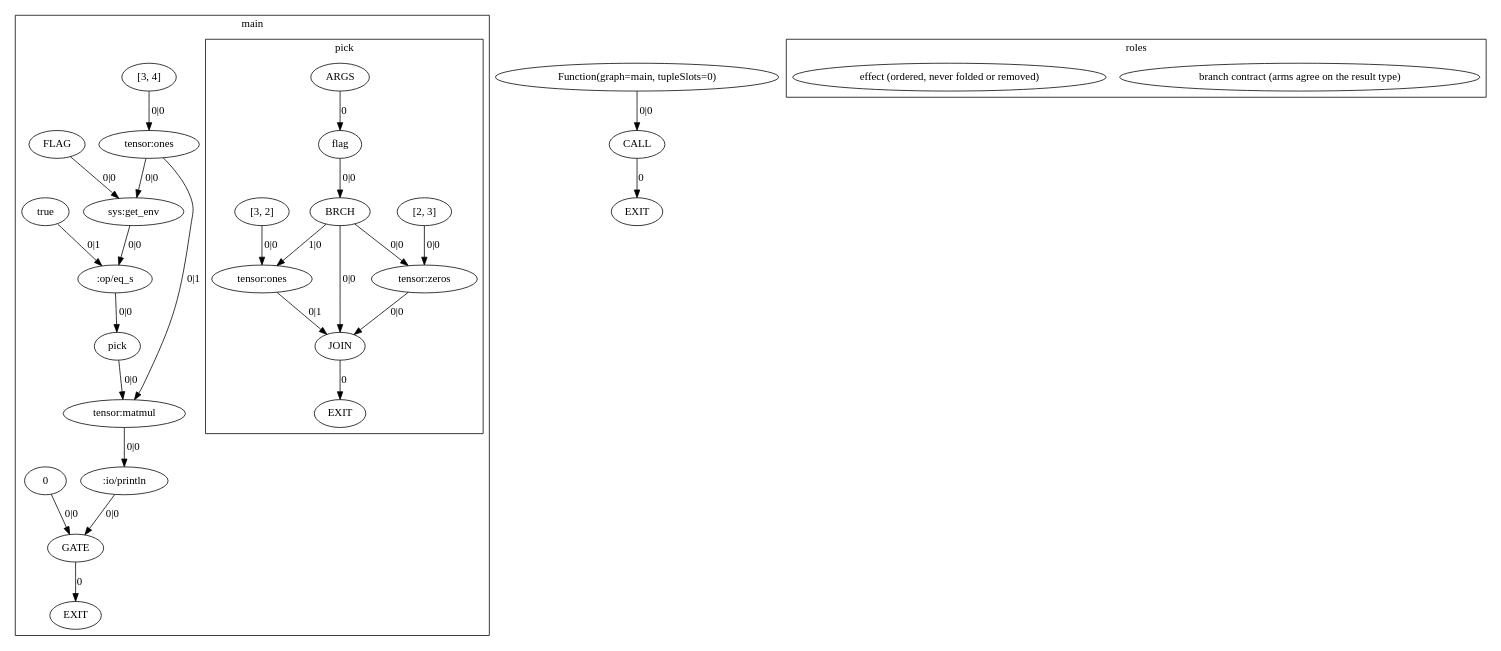
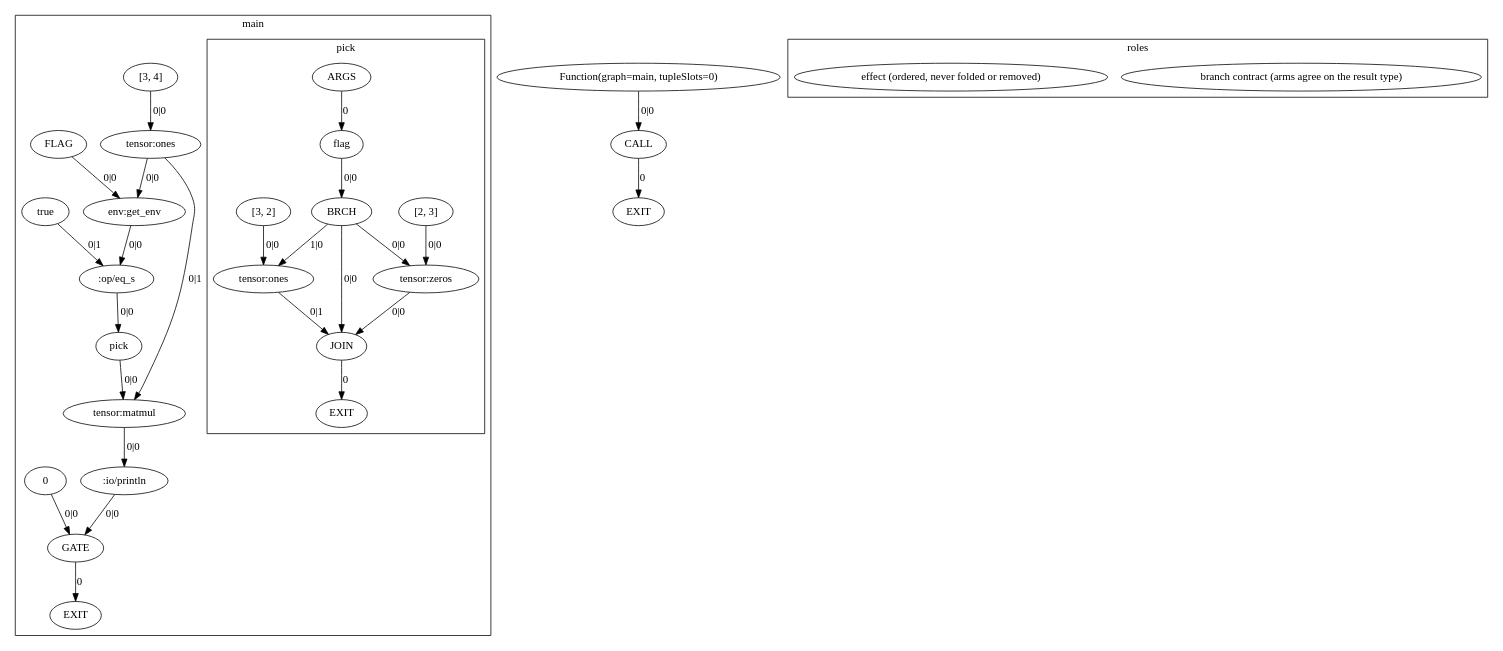
One commit to OpenCML/Camel changed the diagram in exemplars/02_branch_shape_contract/expected/dump.agir.dot. Above: the diagram before and after it, drawn with Graphviz. The commit also changed 205 other files, not shown here.

First line of the commit message:
refactor(stdlib): rename sys to env

```diff
--- a/exemplars/02_branch_shape_contract/expected/dump.agir.dot
+++ b/exemplars/02_branch_shape_contract/expected/dump.agir.dot
@@ -1,61 +1,61 @@
 digraph GraphIR {
     subgraph cluster_F01 {
         label="main";
         subgraph cluster_F02 {
             label="pick";
             F02 [label="ARGS", type="ARGS"];
             O02 [label="EXIT", type="EXIT"];
             N00 [label="flag", type="PORT", param_name="flag", param_kind="normal", param_index="0", value_type="bool"];
             N01 [label="JOIN", type="JOIN", role="branch-contract", origin=157, span="13:11-13:55", srcfile="exemplars/02_branch_shape_contract/program.cml", value_type="Tensor<float32, [?, ?]>"];
             N02 [label="BRCH", type="BRCH", origin=156, span="13:11-13:55", srcfile="exemplars/02_branch_shape_contract/program.cml", value_type="int"];
             N03 [label="[2, 3]", type="DATA", origin=160, span="13:30-13:36", srcfile="exemplars/02_branch_shape_contract/program.cml", value_type="int[]"];
             N04 [label="tensor:zeros", type="OPER", origin=161, span="13:24-13:29", srcfile="exemplars/02_branch_shape_contract/program.cml", value_type="Tensor<float32, [2, 3]>"];
             N05 [label="[3, 2]", type="DATA", origin=164, span="13:48-13:54", srcfile="exemplars/02_branch_shape_contract/program.cml", value_type="int[]"];
             N06 [label="tensor:ones", type="OPER", origin=165, span="13:43-13:47", srcfile="exemplars/02_branch_shape_contract/program.cml", value_type="Tensor<float32, [3, 2]>"];
             F02 -> N00 [label="0", type="NORM_PORT"];
             N01 -> O02 [label="0", type="EXIT"];
             N04 -> N01 [label="0|0", type="WITH"];
             N06 -> N01 [label="0|1", type="WITH"];
             N02 -> N01 [label="0|0", type="NORM"];
             N00 -> N02 [label="0|0", type="NORM"];
             N03 -> N04 [label="0|0", type="NORM"];
             N02 -> N04 [label="0|0", type="CTRL"];
             N05 -> N06 [label="0|0", type="NORM"];
             N02 -> N06 [label="1|0", type="CTRL"];
         }
         O01 [label="EXIT", type="EXIT"];
         N07 [label="[3, 4]", type="DATA", origin=168, span="17:17-17:23", srcfile="exemplars/02_branch_shape_contract/program.cml", value_type="int[]"];
         N08 [label="tensor:ones", type="OPER", origin=169, span="17:12-17:16", srcfile="exemplars/02_branch_shape_contract/program.cml", value_type="Tensor<float32, [3, 4]>"];
         N09 [label="FLAG", type="DATA", origin=175, span="18:25-18:31", srcfile="exemplars/02_branch_shape_contract/program.cml", value_type="string"];
-        N0A [label="sys:get_env", type="OPER", role="effect", origin=176, span="18:17-18:24", srcfile="exemplars/02_branch_shape_contract/program.cml", value_type="string"];
+        N0A [label="env:get_env", type="OPER", role="effect", origin=176, span="18:17-18:24", srcfile="exemplars/02_branch_shape_contract/program.cml", value_type="string"];
         N0B [label="true", type="DATA", origin=177, span="18:36-18:42", srcfile="exemplars/02_branch_shape_contract/program.cml", value_type="string"];
         N0C [label=":op/eq_s", type="OPER", origin=178, span="18:33-18:35", srcfile="exemplars/02_branch_shape_contract/program.cml", value_type="bool"];
         N0D [label="pick", type="FUNC", origin=179, span="18:12-18:43", srcfile="exemplars/02_branch_shape_contract/program.cml", value_type="Tensor"];
         N0E [label="tensor:matmul", type="OPER", origin=180, span="18:44-18:45", srcfile="exemplars/02_branch_shape_contract/program.cml", value_type="Tensor"];
         N0F [label=":io/println", type="OPER", role="effect", origin=181, span="18:4-18:11", srcfile="exemplars/02_branch_shape_contract/program.cml", value_type="Tensor"];
         N10 [label="0", type="DATA", origin=182, span="19:11-19:12", srcfile="exemplars/02_branch_shape_contract/program.cml", value_type="int"];
         N11 [label="GATE", type="GATE", value_type="int"];
         N11 -> O01 [label="0", type="EXIT"];
         N07 -> N08 [label="0|0", type="NORM"];
         N09 -> N0A [label="0|0", type="NORM"];
         N08 -> N0A [label="0|0", type="CTRL"];
         N0A -> N0C [label="0|0", type="NORM"];
         N0B -> N0C [label="0|1", type="NORM"];
         N0C -> N0D [label="0|0", type="NORM"];
         N0D -> N0E [label="0|0", type="NORM"];
         N08 -> N0E [label="0|1", type="NORM"];
         N0E -> N0F [label="0|0", type="NORM"];
         N10 -> N11 [label="0|0", type="NORM"];
         N0F -> N11 [label="0|0", type="CTRL"];
     }
     O00 [label="EXIT", type="EXIT"];
     N12 [label="Function(graph=main, tupleSlots=0)", type="DATA", origin=166, span="16:0-20:1", srcfile="exemplars/02_branch_shape_contract/program.cml", value_type="() => int"];
     N13 [label="CALL", type="CALL", value_type="int"];
     N13 -> O00 [label="0", type="EXIT"];
     N12 -> N13 [label="0|0", type="WITH"];
     subgraph cluster_legend {
         label="roles";
         "legend_branch-contract" [label="branch contract (arms agree on the result type)", type="LEGEND", role="branch-contract"];
         "legend_effect" [label="effect (ordered, never folded or removed)", type="LEGEND", role="effect"];
     }
 }
```
